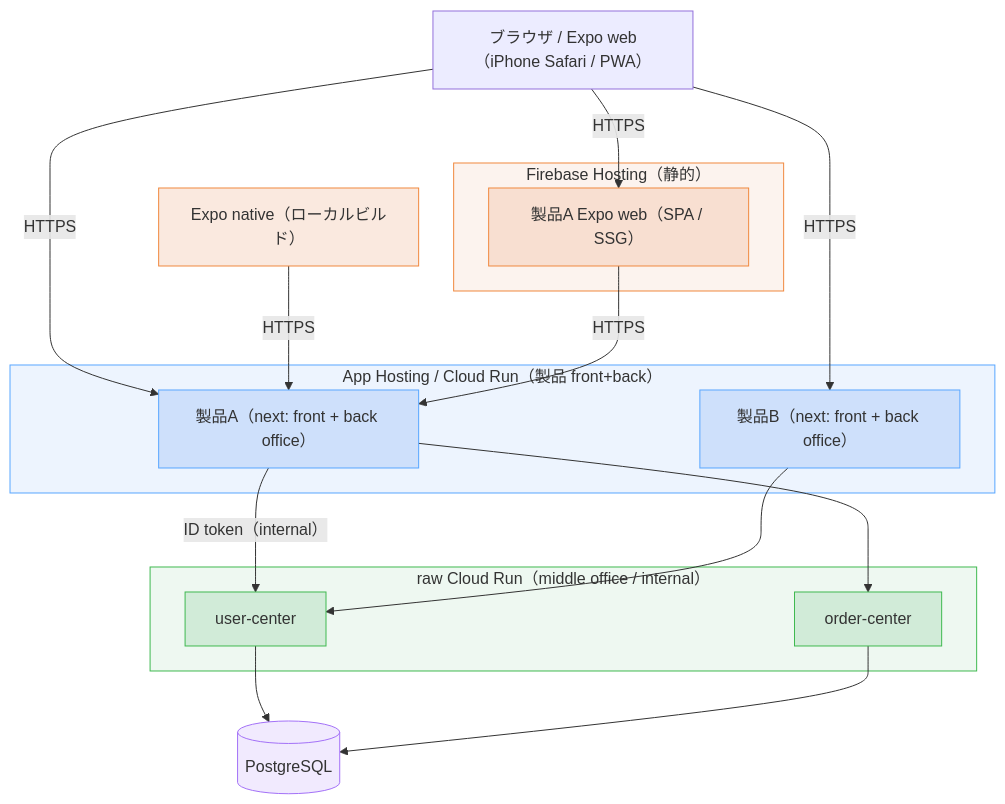
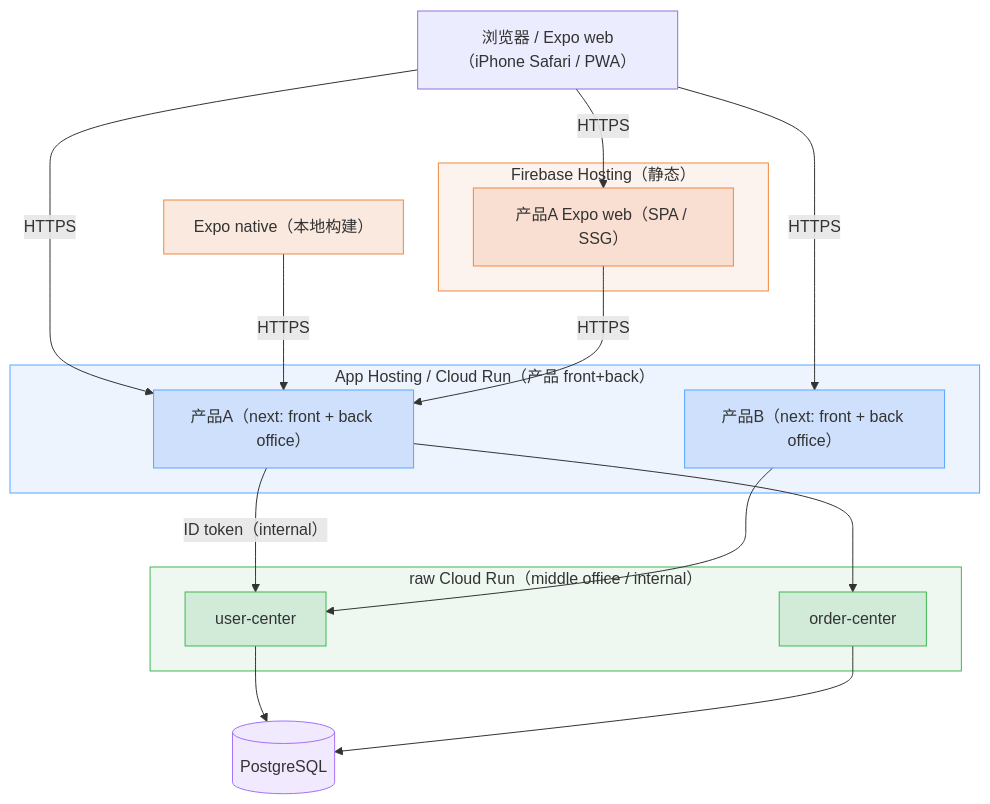
Before and after one commit to magcen-zone/supadevops: the first of 7 diagrams in README.md, drawn with Mermaid. The commit also changed other lines of this file and 11 other files, not shown here.

````diff
--- a/README.md
+++ b/README.md
@@ -120,39 +120,39 @@
 ```mermaid
 flowchart TB
-    Browser["ブラウザ / Expo web（iPhone Safari / PWA）"]
-    Mobile["Expo native（ローカルビルド）"]
-    subgraph Hosting["Firebase Hosting（静的）"]
-      EW["製品A Expo web（SPA / SSG）"]
+    Browser["浏览器 / Expo web（iPhone Safari / PWA）"]
+    Mobile["Expo native（本地构建）"]
+    subgraph Hosting["Firebase Hosting（静态）"]
+      EW["产品A Expo web（SPA / SSG）"]
     end
-    subgraph AppHosting["App Hosting / Cloud Run（製品 front+back）"]
-      P1["製品A（next: front + back office）"]
-      P2["製品B（next: front + back office）"]
+    subgraph AppHosting["App Hosting / Cloud Run（产品 front+back）"]
+      P1["产品A（next: front + back office）"]
+      P2["产品B（next: front + back office）"]
     end
     subgraph CloudRun["raw Cloud Run（middle office / internal）"]
       S1["user-center"]
       S2["order-center"]
     end
     DB[(PostgreSQL)]
     Browser -->|HTTPS| P1
     Browser -->|HTTPS| EW
     Mobile -->|HTTPS| P1
     EW -->|HTTPS| P1
     Browser -->|HTTPS| P2
     P1 -->|"ID token（internal）"| S1
     P1 --> S2
     P2 --> S1
     S1 --> DB
     S2 --> DB
 
     classDef product fill:#1f6feb26,stroke:#58a6ff,stroke-width:1px;
     classDef service fill:#2da44e26,stroke:#3fb950,stroke-width:1px;
     classDef store fill:#a371f726,stroke:#a371f7,stroke-width:1px;
     classDef mobile fill:#db6d2826,stroke:#f0883e,stroke-width:1px;
     class P1,P2 product;
     class S1,S2 service;
     class DB store;
     class EW,Mobile mobile;
     style AppHosting fill:#1f6feb14,stroke:#58a6ff,stroke-width:1px;
     style CloudRun fill:#2da44e14,stroke:#3fb950,stroke-width:1px;
     style Hosting fill:#db6d2814,stroke:#f0883e,stroke-width:1px;
 ```
````
